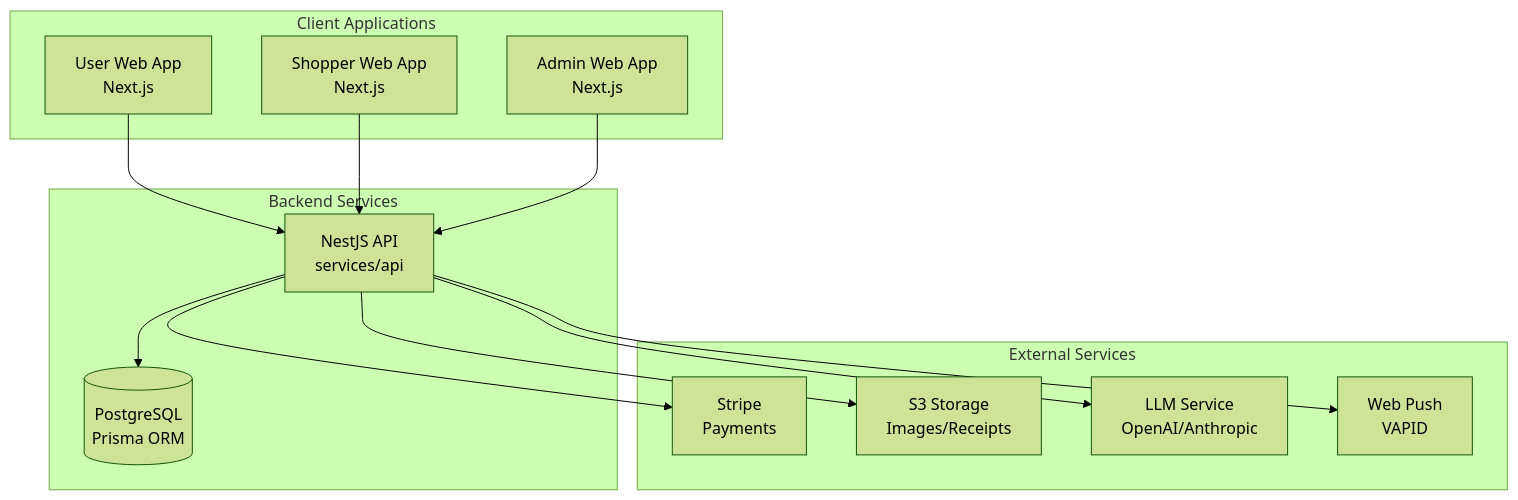
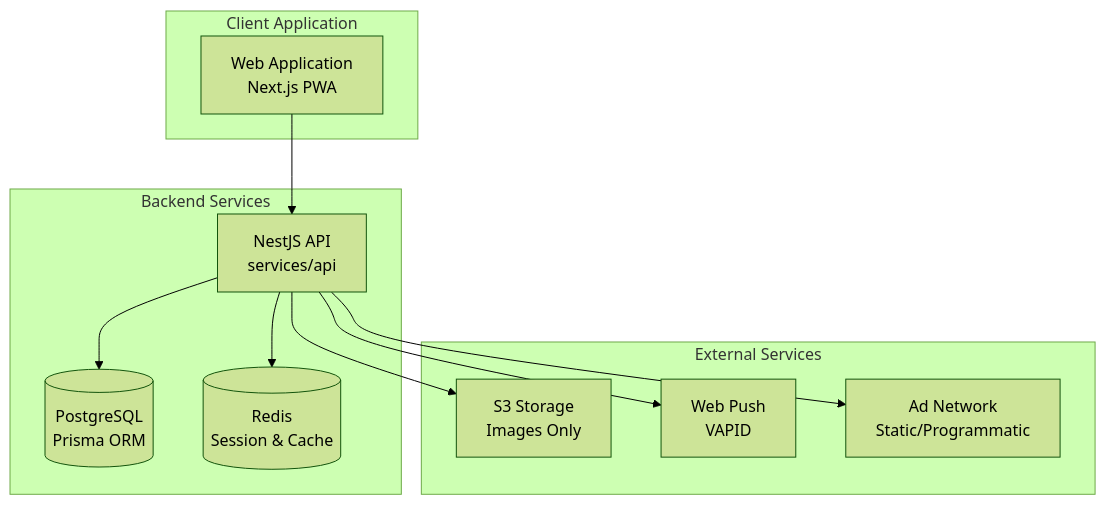
One commit to eigozatsudan/otsy changed the diagram in .kiro/specs/otsukai-dx-platform/design.md. Above: the diagram before and after it, drawn with Mermaid (forest theme). The commit also changed other lines of this file and 177 other files, not shown here.

````diff
--- a/.kiro/specs/otsukai-dx-platform/design.md
+++ b/.kiro/specs/otsukai-dx-platform/design.md
@@ -13,29 +13,25 @@
 ```mermaid
 graph TB
-    subgraph "Client Applications"
-        UW[User Web App<br/>Next.js]
-        SW[Shopper Web App<br/>Next.js]
-        AW[Admin Web App<br/>Next.js]
+    subgraph "Client Application"
+        WEB[Web Application<br/>Next.js PWA]
     end
     
     subgraph "Backend Services"
         API[NestJS API<br/>services/api]
         DB[(PostgreSQL<br/>Prisma ORM)]
+        CACHE[(Redis<br/>Session & Cache)]
     end
     
     subgraph "External Services"
-        STRIPE[Stripe<br/>Payments]
-        S3[S3 Storage<br/>Images/Receipts]
-        LLM[LLM Service<br/>OpenAI/Anthropic]
+        S3[S3 Storage<br/>Images Only]
         PUSH[Web Push<br/>VAPID]
+        ADS[Ad Network<br/>Static/Programmatic]
     end
     
-    UW --> API
-    SW --> API
-    AW --> API
+    WEB --> API
     API --> DB
-    API --> STRIPE
+    API --> CACHE
     API --> S3
-    API --> LLM
     API --> PUSH
+    API --> ADS
 ```
````
